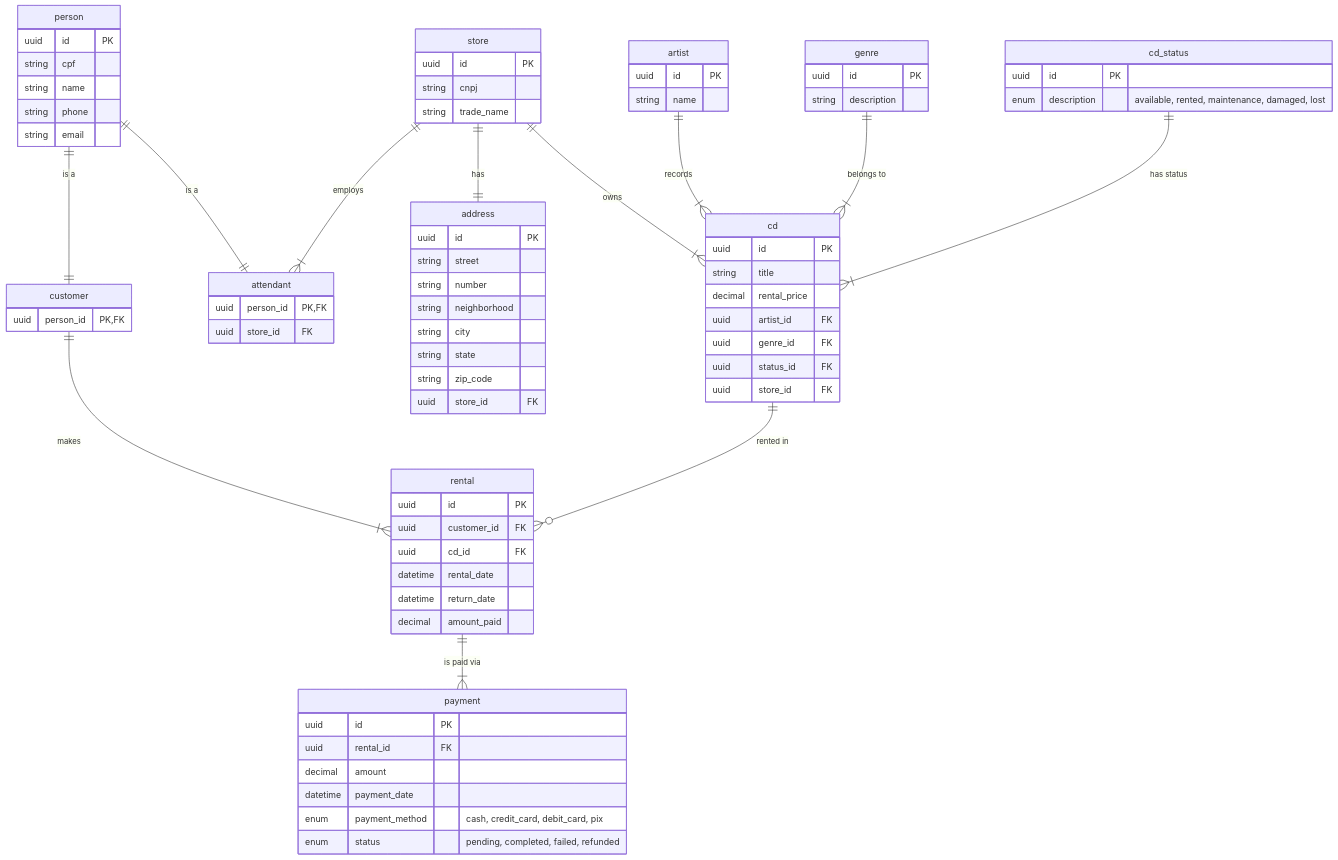
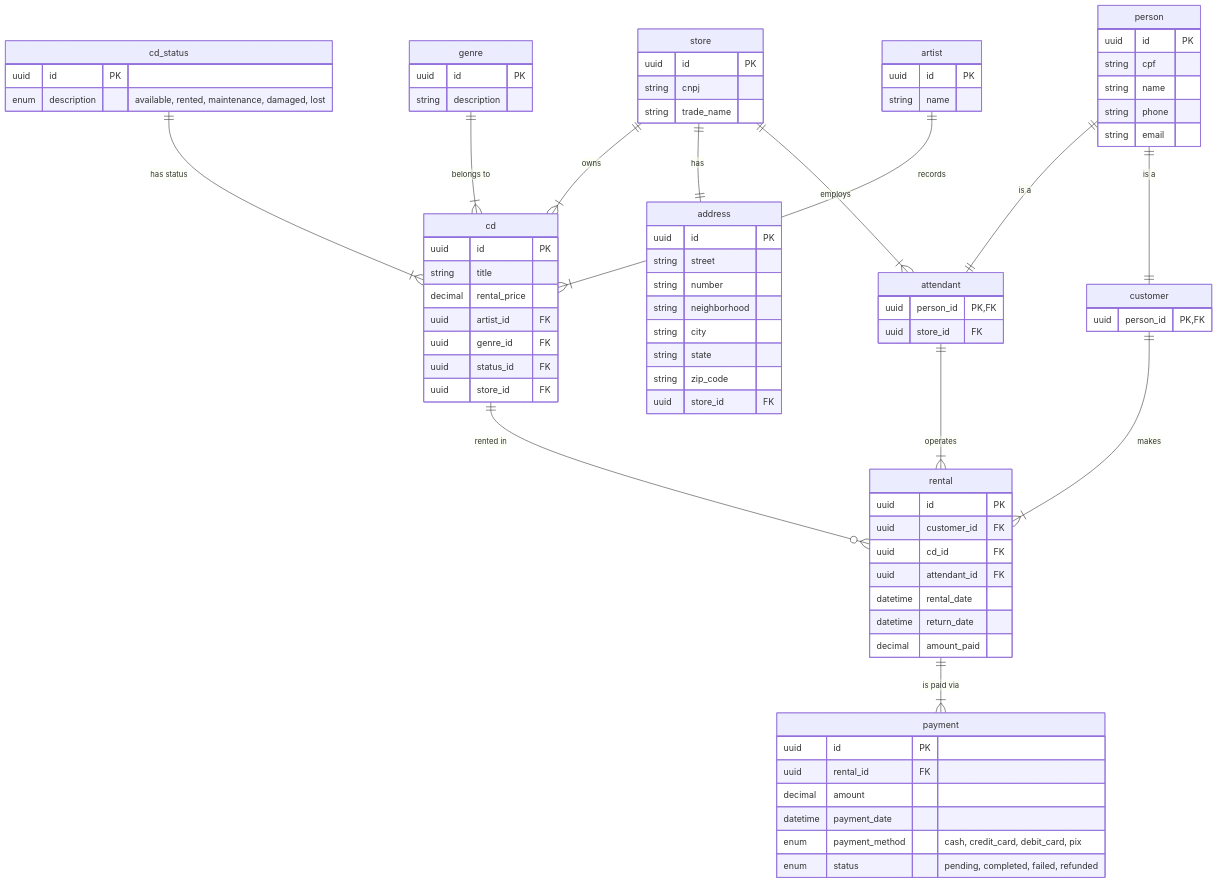
Before and after one commit to joaomarcosmb/cd-rental: the diagram in README.md, drawn with Mermaid. The commit also changed 2 other files, not shown here.

Commit message:
fix: add missing attendant reference in Rental entity and adjust related classes

````diff
--- a/README.md
+++ b/README.md
@@ -49,6 +49,7 @@
         uuid id PK
         uuid customer_id FK
         uuid cd_id FK
+        uuid attendant_id FK
         datetime rental_date
         datetime return_date
         decimal amount_paid
@@ -91,6 +92,7 @@
 
     customer ||--|{ rental : "makes"
     cd ||--o{ rental : "rented in"
+    attendant ||--|{ rental : "operates"
     
     rental ||--|{ payment : "is paid via"
 ```
````
